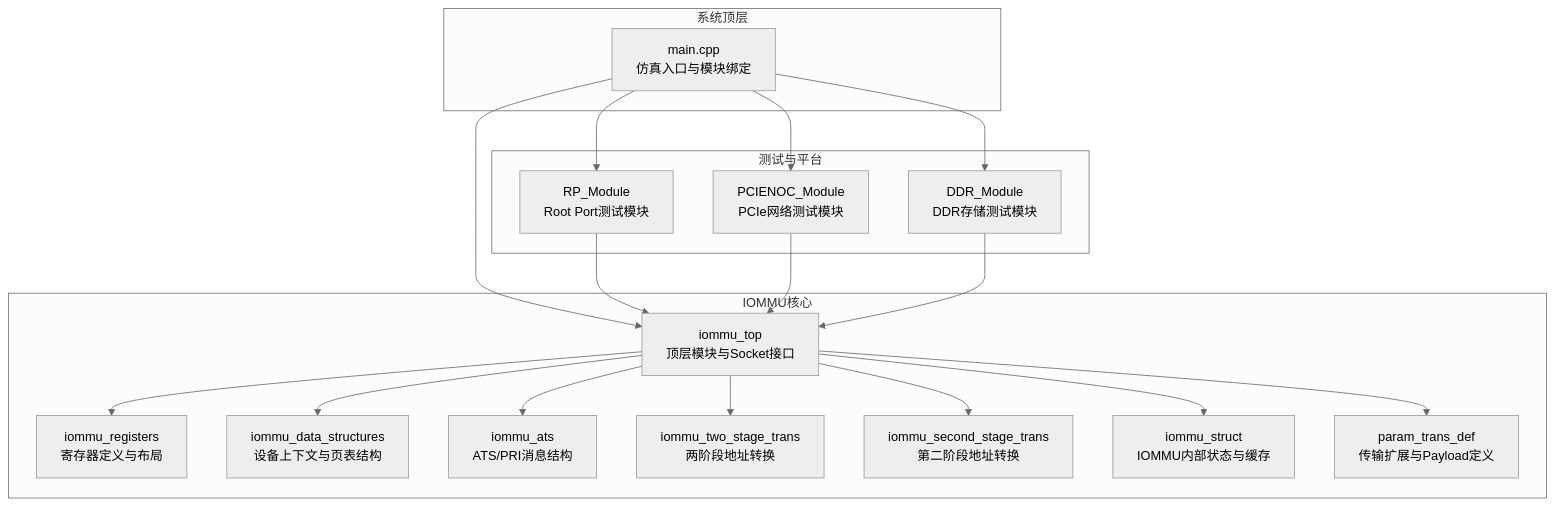
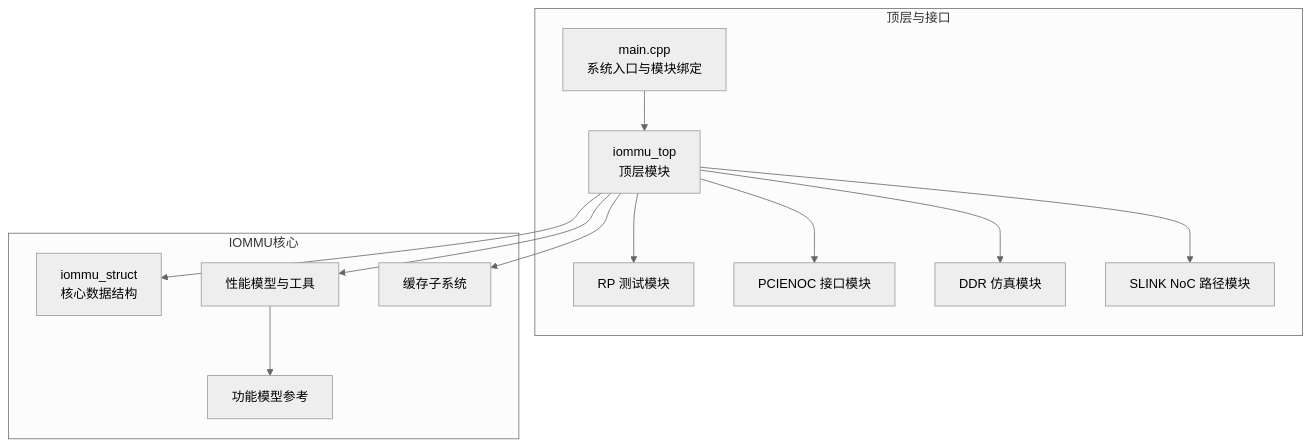
One commit to jiangjiang1122/iommu_model_20260401_v1 changed the first of 7 diagrams in .qoder/repowiki/zh/content/项目概述/项目介绍.md. Above: the diagram before and after it, drawn with Mermaid (neutral theme). The commit also changed other lines of this file and 92 other files, not shown here.

````diff
--- a/.qoder/repowiki/zh/content/项目概述/项目介绍.md
+++ b/.qoder/repowiki/zh/content/项目概述/项目介绍.md
@@ -51,35 +40,26 @@
 ```mermaid
 graph TB
-subgraph "系统顶层"
-MAIN["main.cpp<br/>仿真入口与模块绑定"]
+subgraph "顶层与接口"
+MAIN["main.cpp<br/>系统入口与模块绑定"]
+TOP["iommu_top<br/>顶层模块"]
+RP["RP 测试模块"]
+PCIE["PCIENOC 接口模块"]
+DDR["DDR 仿真模块"]
+SLINK["SLINK NoC 路径模块"]
 end
 subgraph "IOMMU核心"
-TOP["iommu_top<br/>顶层模块与Socket接口"]
-REG["iommu_registers<br/>寄存器定义与布局"]
-DS["iommu_data_structures<br/>设备上下文与页表结构"]
-ATS["iommu_ats<br/>ATS/PRI消息结构"]
-T2["iommu_two_stage_trans<br/>两阶段地址转换"]
-S2["iommu_second_stage_trans<br/>第二阶段地址转换"]
-STRUCT["iommu_struct<br/>IOMMU内部状态与缓存"]
-PARAM["param_trans_def<br/>传输扩展与Payload定义"]
-end
-subgraph "测试与平台"
-RP["RP_Module<br/>Root Port测试模块"]
-PCIE["PCIENOC_Module<br/>PCIe网络测试模块"]
-DDR["DDR_Module<br/>DDR存储测试模块"]
+STRUCT["iommu_struct<br/>核心数据结构"]
+PERF["性能模型与工具"]
+CACHE["缓存子系统"]
+FUNC["功能模型参考"]
 end
 MAIN --> TOP
-MAIN --> RP
-MAIN --> PCIE
-MAIN --> DDR
-TOP --> REG
-TOP --> DS
-TOP --> ATS
-TOP --> T2
-TOP --> S2
+TOP --> RP
+TOP --> PCIE
+TOP --> DDR
+TOP --> SLINK
 TOP --> STRUCT
-TOP --> PARAM
-RP --> TOP
-PCIE --> TOP
-DDR --> TOP
+TOP --> PERF
+TOP --> CACHE
+PERF --> FUNC
 ```
````
